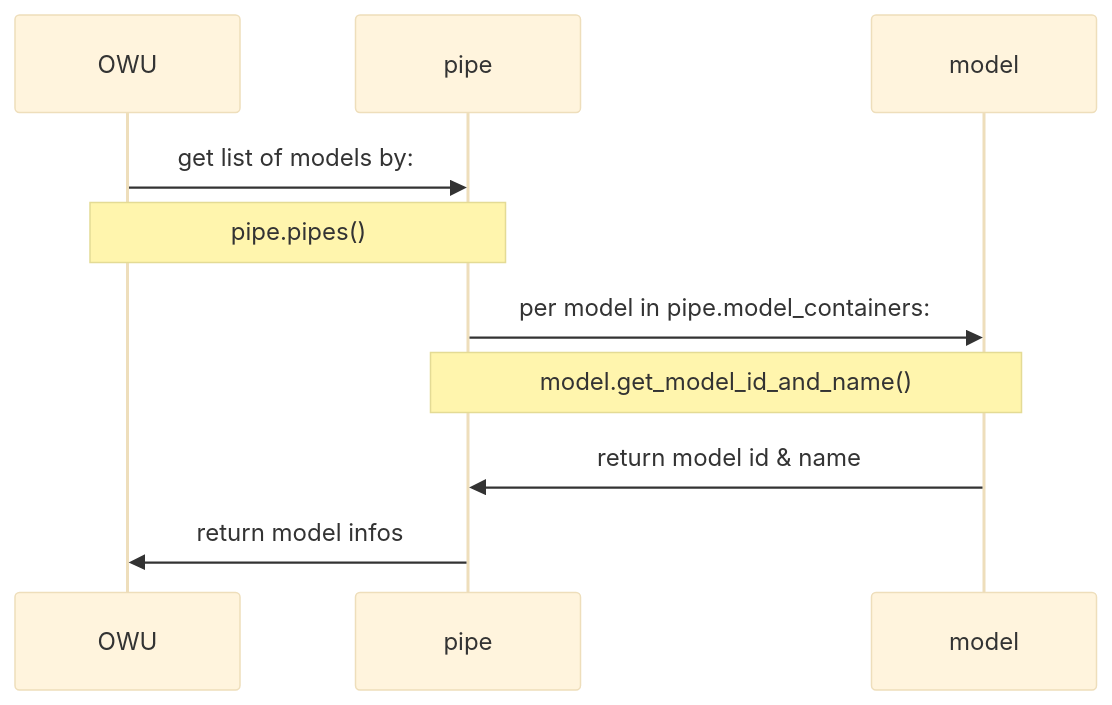
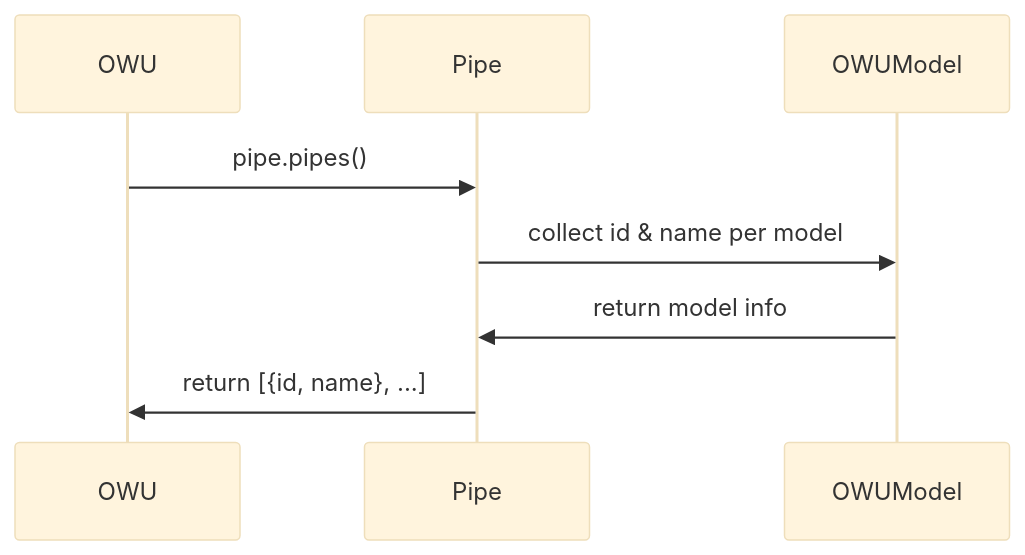
The third of 4 diagrams in README.md (kami-lel/dify-open-webui-adapter), drawn with Mermaid (base theme) before and after one commit. The commit also changed other lines of this file and 1 other file, not shown here.

First line of the commit message:
document adapter architecture; refresh AGENTS and README guidance

````diff
--- a/README.md
+++ b/README.md
@@ -188,12 +145,7 @@
 ```mermaid
 sequenceDiagram
-    OWU->>pipe: get list of models by:
-    note over OWU,pipe: pipe.pipes()
-
-    pipe->>model: per model in pipe.model_containers:
-    note over pipe,model: model.get_model_id_and_name()
-
-    model->>pipe: return model id & name
-
-    pipe->>OWU:return model infos
+    OWU->>Pipe: pipe.pipes()
+    Pipe->>OWUModel: collect id & name per model
+    OWUModel->>Pipe: return model info
+    Pipe->>OWU: return [{id, name}, ...]
 ```
````
